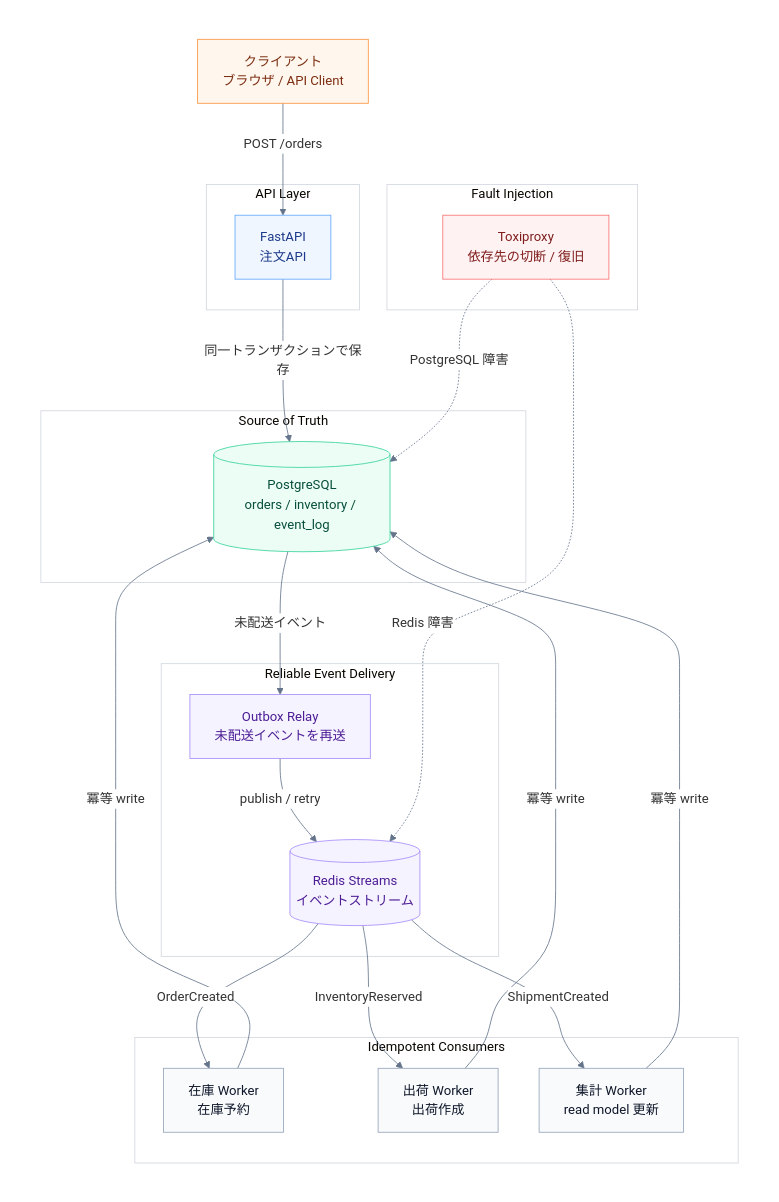
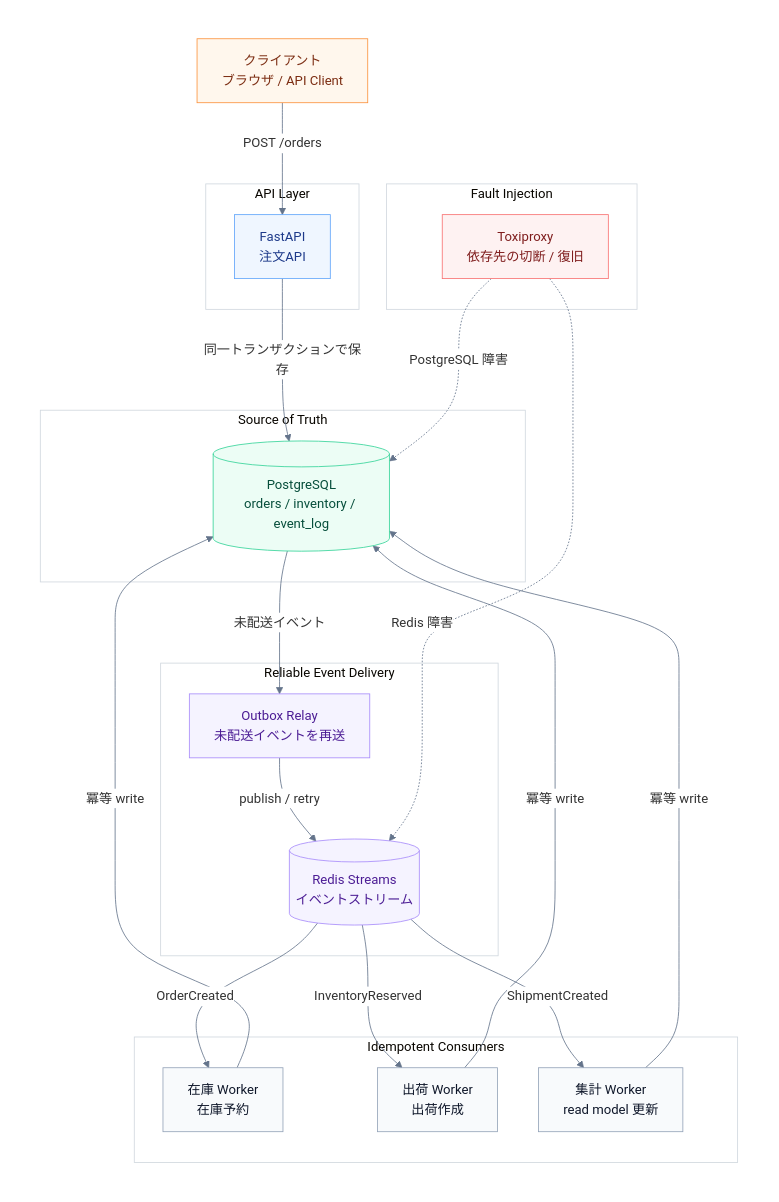
One commit to murakami9916/event-driven-mini-ec changed the diagram in README.md. Above: the diagram before and after it, drawn with Mermaid.

Commit message:
ダークテーマに対応

````diff
--- a/README.md
+++ b/README.md
@@ -10,59 +10,59 @@
 ```mermaid
-%%{init: {"theme": "base", "themeCSS": "svg { background-color: #ffffff !important; }", "themeVariables": {"background": "#ffffff", "darkMode": false, "mainBkg": "#ffffff", "clusterBkg": "#ffffff", "clusterBorder": "#d0d7de", "lineColor": "#64748b", "textColor": "#0f172a", "edgeLabelBackground": "#ffffff"}}}%%
+%%{init: {"theme": "base", "themeCSS": "svg { background-color: #ffffff !important; }", "flowchart": {"diagramPadding": 0}, "themeVariables": {"background": "#ffffff", "darkMode": false, "mainBkg": "#ffffff", "clusterBkg": "#ffffff", "clusterBorder": "#d0d7de", "lineColor": "#64748b", "textColor": "#0f172a", "edgeLabelBackground": "#ffffff"}}}%%
 flowchart TB
     subgraph Canvas[" "]
         direction TB
         Client["クライアント<br/>ブラウザ / API Client"]
 
         subgraph ApiLayer["API Layer"]
             API["FastAPI<br/>注文API"]
         end
 
         subgraph SourceOfTruth["Source of Truth"]
             PG[(PostgreSQL<br/>orders / inventory / event_log)]
         end
 
         subgraph EventDelivery["Reliable Event Delivery"]
             Relay["Outbox Relay<br/>未配送イベントを再送"]
             Redis[(Redis Streams<br/>イベントストリーム)]
         end
 
         subgraph Consumers["Idempotent Consumers"]
             Inventory["在庫 Worker<br/>在庫予約"]
             Shipping["出荷 Worker<br/>出荷作成"]
             Projection["集計 Worker<br/>read model 更新"]
         end
 
         subgraph FaultInjection["Fault Injection"]
             Toxi["Toxiproxy<br/>依存先の切断 / 復旧"]
         end
 
         Client -->|"POST /orders"| API
         API -->|"同一トランザクションで保存"| PG
         PG -->|"未配送イベント"| Relay
         Relay -->|"publish / retry"| Redis
         Redis -->|"OrderCreated"| Inventory
         Redis -->|"InventoryReserved"| Shipping
         Redis -->|"ShipmentCreated"| Projection
         Inventory -->|"冪等 write"| PG
         Shipping -->|"冪等 write"| PG
         Projection -->|"冪等 write"| PG
         Toxi -.->|"PostgreSQL 障害"| PG
         Toxi -.->|"Redis 障害"| Redis
     end
 
     class Client actor
     class API api
     class PG store
     class Relay,Redis delivery
     class Inventory,Shipping,Projection worker
     class Toxi fault
 
     classDef actor fill:#fff7ed,stroke:#fb923c,stroke-width:1px,color:#7c2d12;
     classDef api fill:#eff6ff,stroke:#60a5fa,stroke-width:1px,color:#1e3a8a;
     classDef store fill:#ecfdf5,stroke:#34d399,stroke-width:1px,color:#064e3b;
     classDef delivery fill:#f5f3ff,stroke:#a78bfa,stroke-width:1px,color:#4c1d95;
     classDef worker fill:#f8fafc,stroke:#94a3b8,stroke-width:1px,color:#0f172a;
     classDef fault fill:#fef2f2,stroke:#f87171,stroke-width:1px,color:#7f1d1d;
     style Canvas fill:#ffffff,stroke:#ffffff,color:#ffffff;
 ```
````
